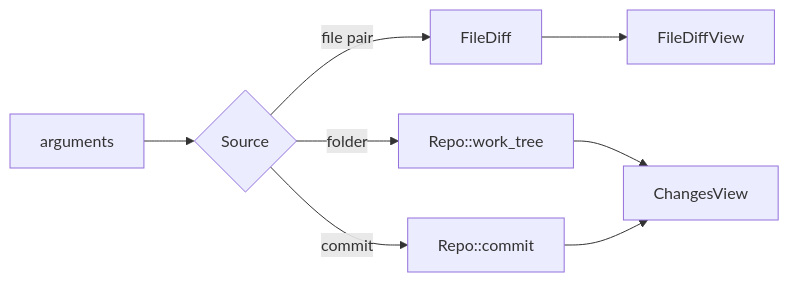
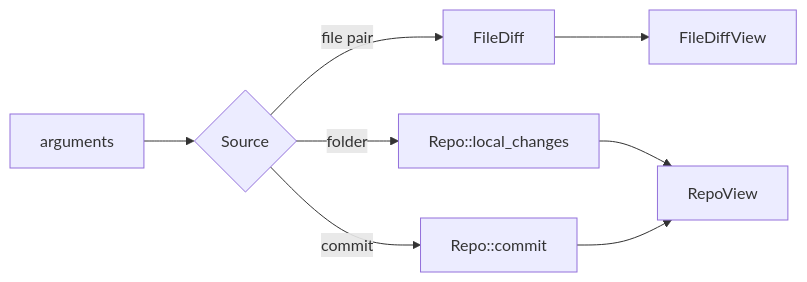
Before and after one commit to akemkers/jetdiff: the diagram in crates/jetdiff/README.md, drawn with Mermaid. The commit also changed other lines of this file and 23 other files, not shown here.

First line of the commit message:
Repo source with an explicit trigger (#32)

````diff
--- a/crates/jetdiff/README.md
+++ b/crates/jetdiff/README.md
@@ -19,7 +19,7 @@
 ```mermaid
 graph LR
     args[arguments] --> source{Source}
     source -- file pair --> fd[FileDiff] --> fdv[FileDiffView]
-    source -- folder --> wt[Repo::work_tree] --> cv[ChangesView]
-    source -- commit --> c[Repo::commit] --> cv
+    source -- folder --> local[Repo::local_changes] --> rv[RepoView]
+    source -- commit --> c[Repo::commit] --> rv
 ```
````
